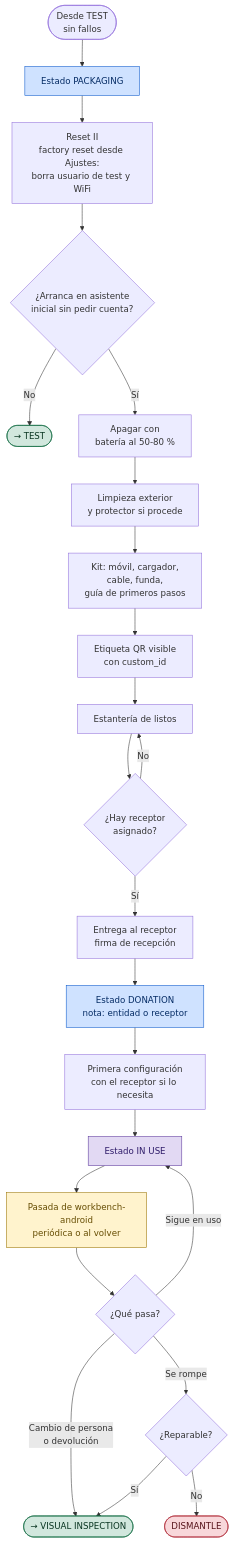
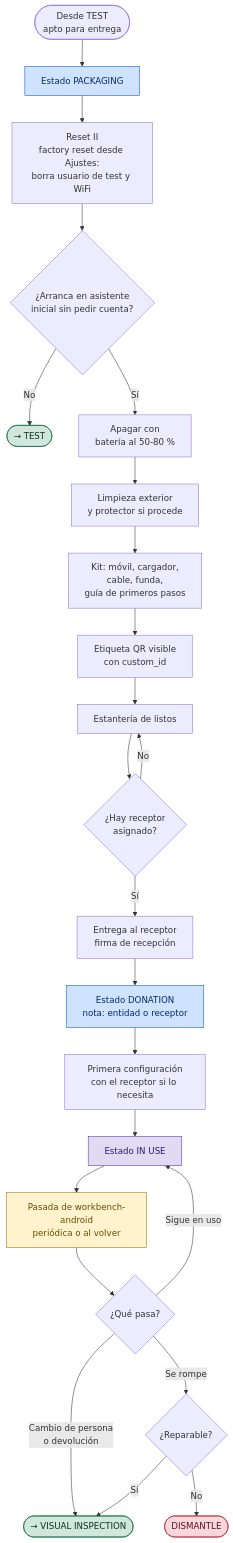
Before and after one commit to aucoop/vincle-digital-docs: the seventh of 8 diagrams in docs/diagramas-detallados.md, drawn with Mermaid. The commit also changed other lines of this file, not shown here.

First line of the commit message:
Update diagramas-detallados.md TEST → PACKAGING / REPAIR

````diff
--- a/docs/diagramas-detallados.md
+++ b/docs/diagramas-detallados.md
@@ -364,35 +364,35 @@
 ```mermaid
 flowchart TD
-    IN(["Desde TEST<br/>sin fallos"]) --> ST_P["Estado PACKAGING"]:::dh
+    IN(["Desde TEST<br/>apto para entrega"]) --> ST_P["Estado PACKAGING"]:::dh
 
     ST_P --> RESET2["Reset II<br/>factory reset desde Ajustes:<br/>borra usuario de test y WiFi"]
     RESET2 --> ASIST{"¿Arranca en asistente<br/>inicial sin pedir cuenta?"}
     ASIST -->|"No"| TEST(["→ TEST"]):::ok
     ASIST -->|"Sí"| APAGAR["Apagar con<br/>batería al 50-80 %"]
     APAGAR --> LIMPIEZA["Limpieza exterior<br/>y protector si procede"]
     LIMPIEZA --> KIT["Kit: móvil, cargador,<br/>cable, funda,<br/>guía de primeros pasos"]
     KIT --> ETIQ["Etiqueta QR visible<br/>con custom_id"]
     ETIQ --> ESPERA["Estantería de listos"]
 
     ESPERA --> ASIGN{"¿Hay receptor<br/>asignado?"}
     ASIGN -->|"No"| ESPERA
     ASIGN -->|"Sí"| ENTREGA["Entrega al receptor<br/>firma de recepción"]
 
     ENTREGA --> ST_D["Estado DONATION<br/>nota: entidad o receptor"]:::dh
     ST_D --> CONF["Primera configuración<br/>con el receptor si lo necesita"]
     CONF --> ST_U["Estado IN USE"]:::newstate
 
     ST_U --> CHK["Pasada de workbench-android<br/>periódica o al volver"]:::checkpoint
     CHK --> EVENTO{"¿Qué pasa?"}
     EVENTO -->|"Sigue en uso"| ST_U
     EVENTO -->|"Cambio de persona<br/>o devolución"| VI(["→ VISUAL INSPECTION"]):::ok
     EVENTO -->|"Se rompe"| REV{"¿Reparable?"}
     REV -->|"Sí"| VI
     REV -->|"No"| DIS(["DISMANTLE"]):::reject
 
     classDef reject fill:#f8d7da,stroke:#b02a37,color:#58151c
     classDef ok fill:#d1e7dd,stroke:#146c43,color:#0a3622
     classDef checkpoint fill:#fff3cd,stroke:#997404,color:#664d03
     classDef dh fill:#cfe2ff,stroke:#0a58ca,color:#052c65
     classDef newstate fill:#e2d9f3,stroke:#59359a,color:#2f1c6a
 ```
````
